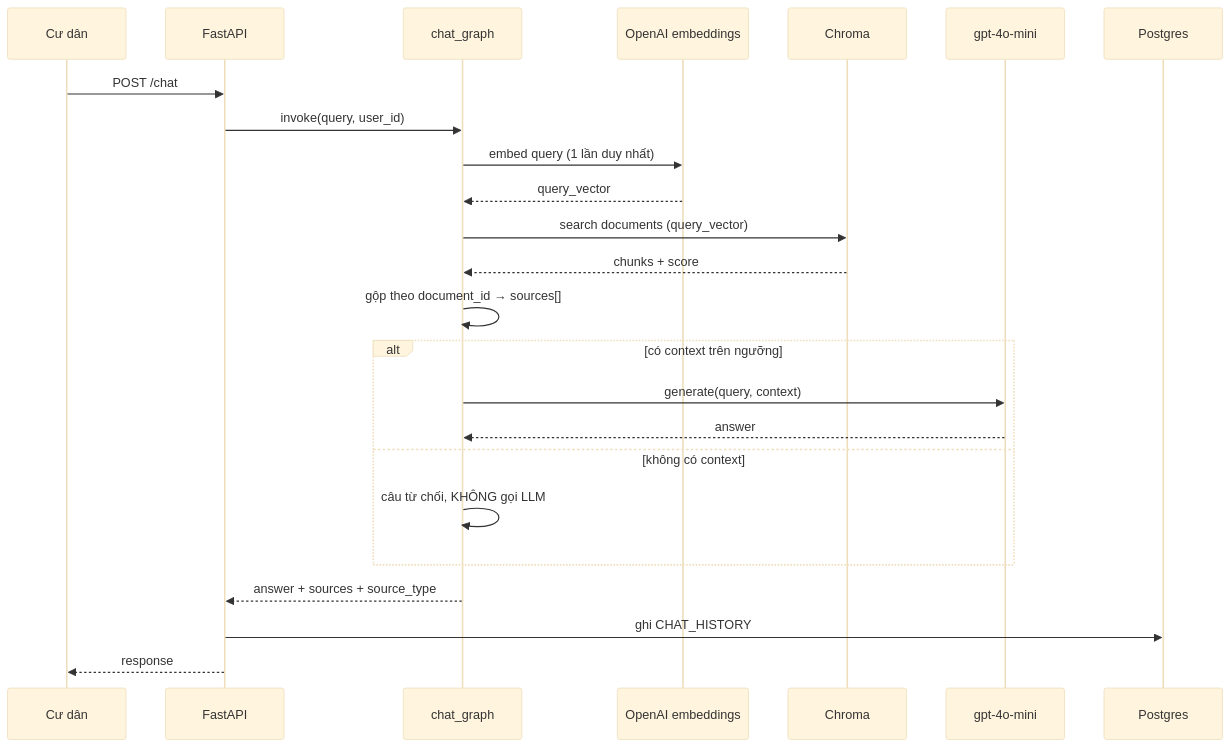
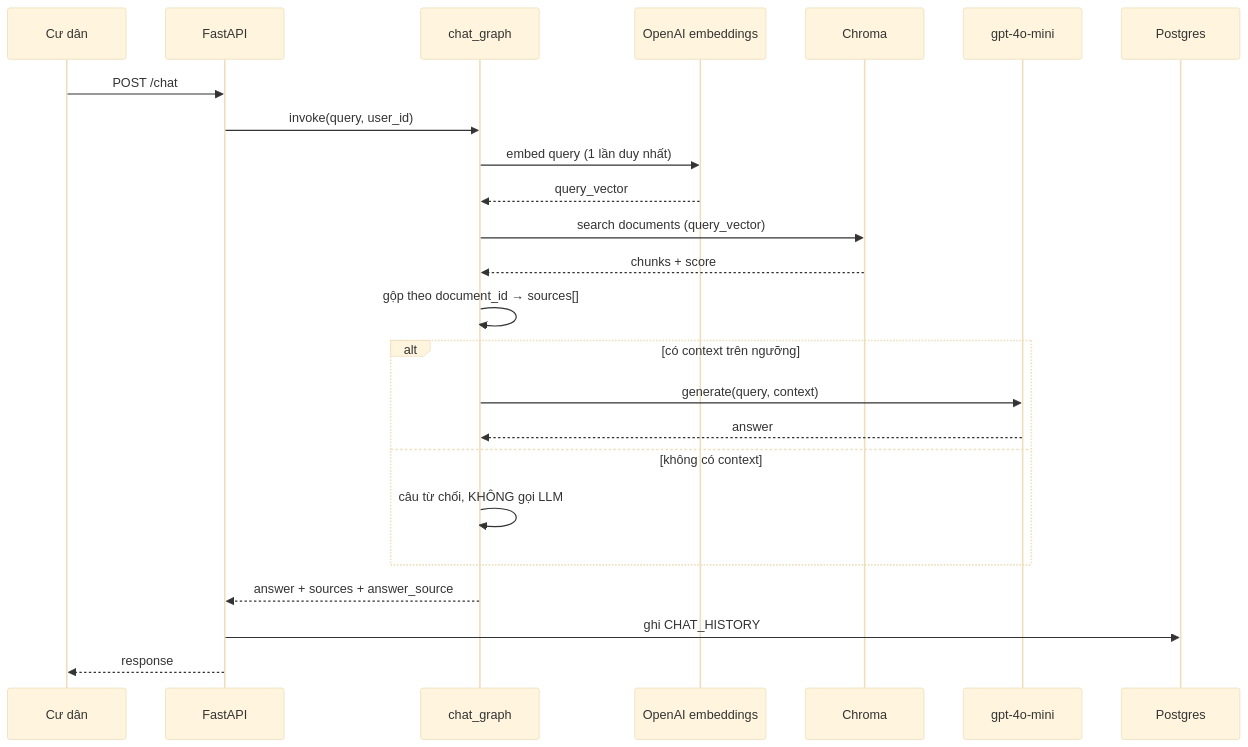
The fifth of 6 diagrams in docs/architecture_diagram.md (HieuNT316/MoveInMate-AI), drawn with Mermaid (base theme) before and after one commit. The commit also changed other lines of this file and 11 other files, not shown here.

````diff
--- a/docs/architecture_diagram.md
+++ b/docs/architecture_diagram.md
@@ -223,27 +223,27 @@
 ```mermaid
 sequenceDiagram
     participant CD as Cư dân
     participant API as FastAPI
     participant G as chat_graph
     participant EMB as OpenAI embeddings
     participant CH as Chroma
     participant LLM as gpt-4o-mini
     participant DB as Postgres
 
     CD->>API: POST /chat
     API->>G: invoke(query, user_id)
     G->>EMB: embed query (1 lần duy nhất)
     EMB-->>G: query_vector
     G->>CH: search documents (query_vector)
     CH-->>G: chunks + score
     G->>G: gộp theo document_id → sources[]
     alt có context trên ngưỡng
         G->>LLM: generate(query, context)
         LLM-->>G: answer
     else không có context
         G->>G: câu từ chối, KHÔNG gọi LLM
     end
-    G-->>API: answer + sources + source_type
+    G-->>API: answer + sources + answer_source
     API->>DB: ghi CHAT_HISTORY
     API-->>CD: response
 ```
````
